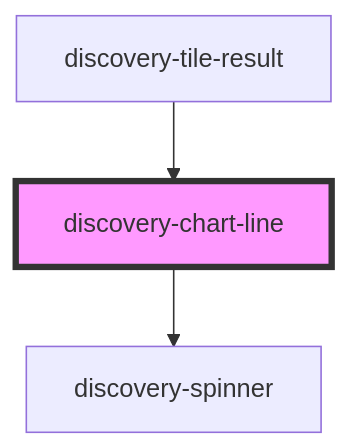
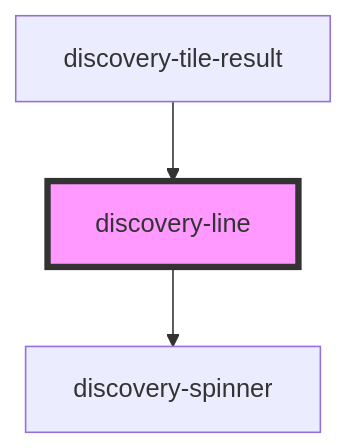
One commit to senx/discovery-widgets changed the diagram in src/components/discovery-line/readme.md. Above: the diagram before and after it, drawn with Mermaid. The commit also changed other lines of this file and 15 other files, not shown here.

````diff
--- a/src/components/discovery-line/readme.md
+++ b/src/components/discovery-line/readme.md
@@ -38,6 +39,6 @@
 ```mermaid
 graph TD;
-  discovery-chart-line --> discovery-spinner
-  discovery-tile-result --> discovery-chart-line
-  style discovery-chart-line fill:#f9f,stroke:#333,stroke-width:4px
+  discovery-line --> discovery-spinner
+  discovery-tile-result --> discovery-line
+  style discovery-line fill:#f9f,stroke:#333,stroke-width:4px
 ```
````
